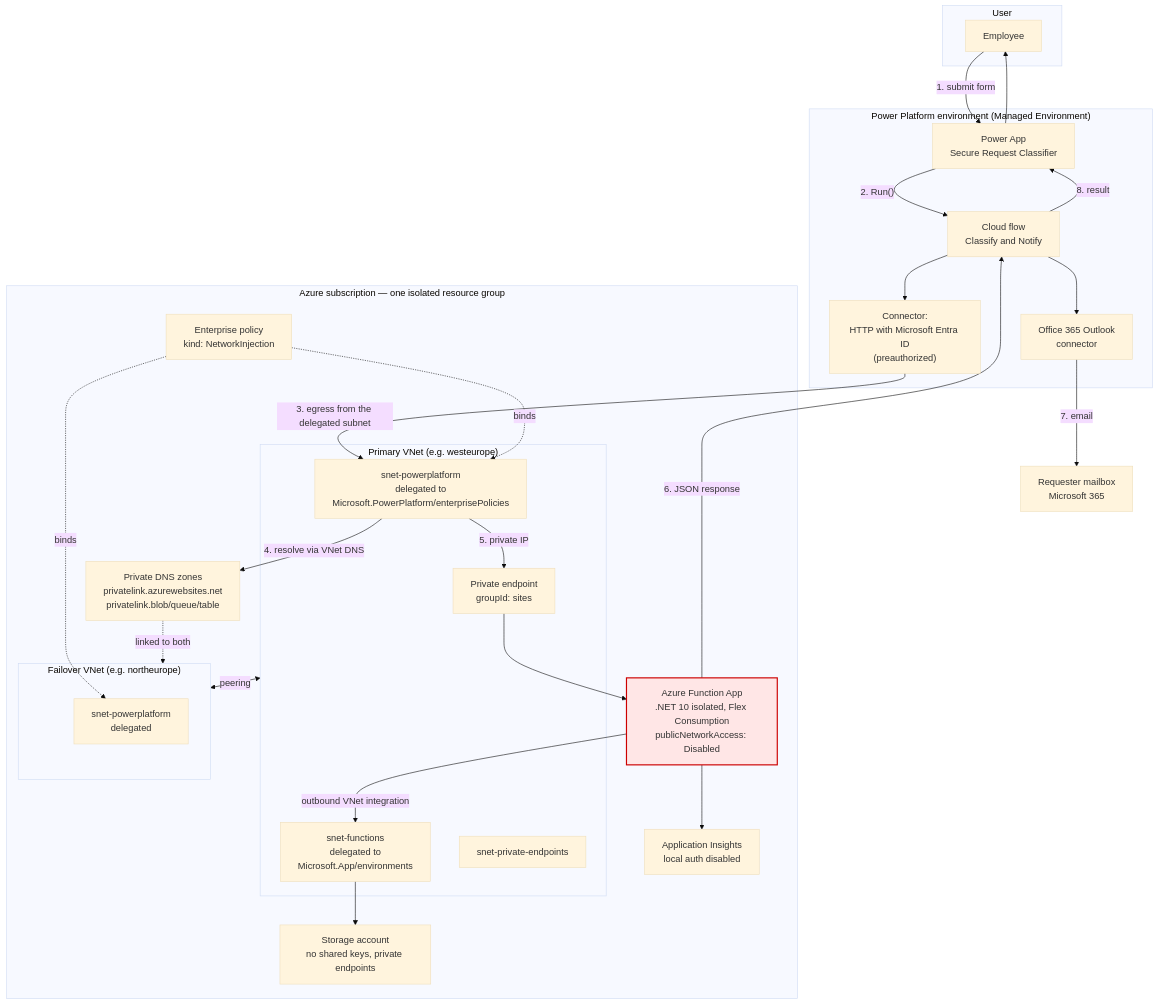
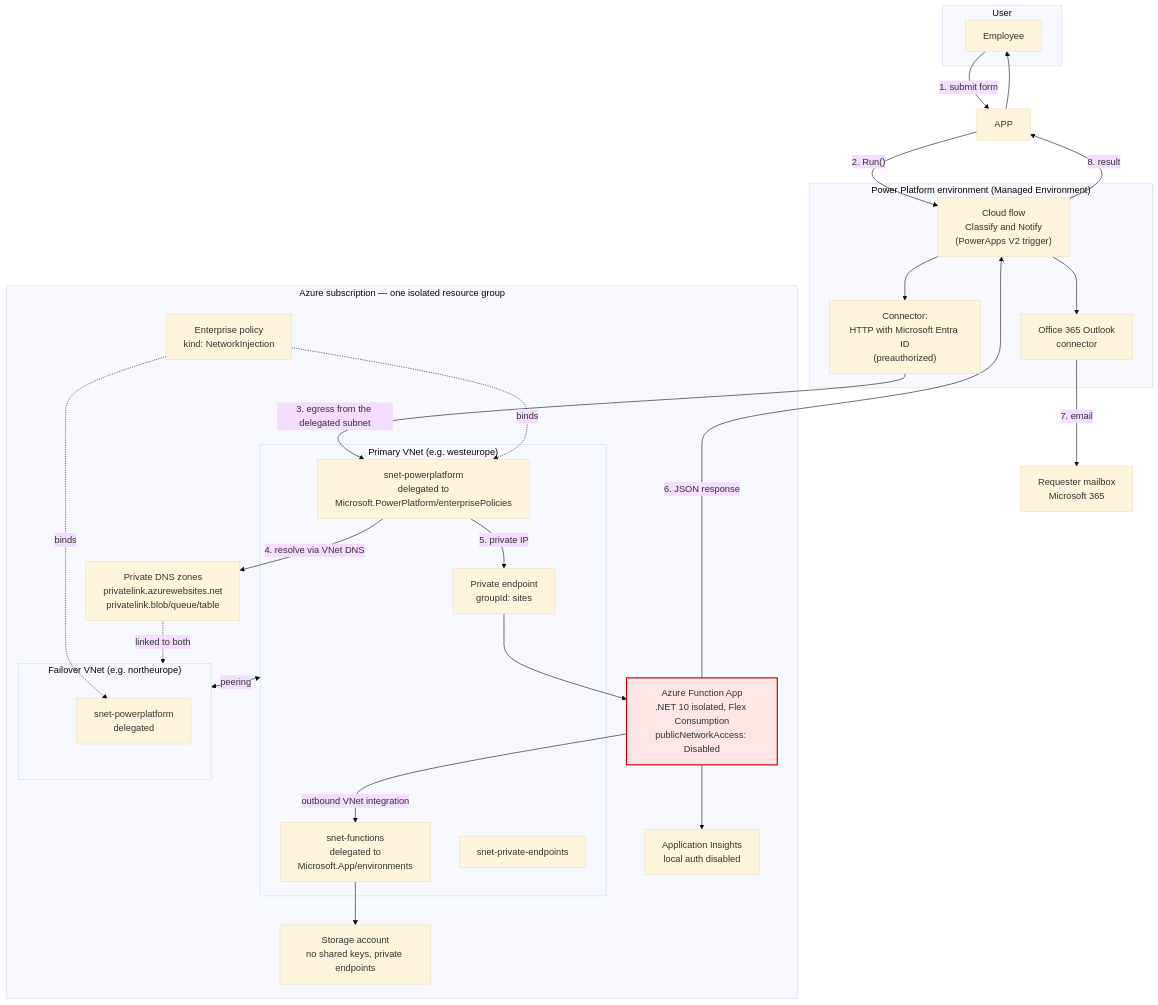
Before and after one commit to tinodo/secure-request-classifier: the first of 3 diagrams in README.md, drawn with Mermaid (base theme). The commit also changed other lines of this file and 7 other files, not shown here.

````diff
--- a/README.md
+++ b/README.md
@@ -39,56 +45,55 @@
 ```mermaid
 flowchart TB
     subgraph user["User"]
         U["Employee"]
     end
 
     subgraph pp["Power Platform environment (Managed Environment)"]
-        APP["Power App<br/>Secure Request Classifier"]
-        FLOW["Cloud flow<br/>Classify and Notify"]
+        FLOW["Cloud flow<br/>Classify and Notify<br/>(PowerApps V2 trigger)"]
         CONN["Connector:<br/>HTTP with Microsoft Entra ID<br/>(preauthorized)"]
         O365["Office 365 Outlook<br/>connector"]
     end
 
     subgraph azure["Azure subscription — one isolated resource group"]
         subgraph vnet1["Primary VNet (e.g. westeurope)"]
             SNETPP1["snet-powerplatform<br/>delegated to<br/>Microsoft.PowerPlatform/enterprisePolicies"]
             SNETFN["snet-functions<br/>delegated to<br/>Microsoft.App/environments"]
             SNETPE["snet-private-endpoints"]
             PE["Private endpoint<br/>groupId: sites"]
         end
 
         subgraph vnet2["Failover VNet (e.g. northeurope)"]
             SNETPP2["snet-powerplatform<br/>delegated"]
         end
 
         DNS["Private DNS zones<br/>privatelink.azurewebsites.net<br/>privatelink.blob/queue/table"]
         FUNC["Azure Function App<br/>.NET 10 isolated, Flex Consumption<br/>publicNetworkAccess: Disabled"]
         ST["Storage account<br/>no shared keys, private endpoints"]
         AI["Application Insights<br/>local auth disabled"]
         EP["Enterprise policy<br/>kind: NetworkInjection"]
     end
 
     MAIL["Requester mailbox<br/>Microsoft 365"]
 
     U -->|"1. submit form"| APP
     APP -->|"2. Run()"| FLOW
     FLOW --> CONN
     CONN -->|"3. egress from the delegated subnet"| SNETPP1
     SNETPP1 -->|"4. resolve via VNet DNS"| DNS
     SNETPP1 -->|"5. private IP"| PE
     PE --> FUNC
     FUNC -->|"outbound VNet integration"| SNETFN
     SNETFN --> ST
     FUNC --> AI
     FUNC -->|"6. JSON response"| FLOW
     FLOW --> O365 -->|"7. email"| MAIL
     FLOW -->|"8. result"| APP --> U
 
     EP -.->|"binds"| SNETPP1
     EP -.->|"binds"| SNETPP2
     vnet2 <-->|"peering"| vnet1
     DNS -.->|"linked to both"| vnet2
 
     classDef disabled fill:#ffe6e6,stroke:#c00,stroke-width:2px
     class FUNC disabled
 ```
````
